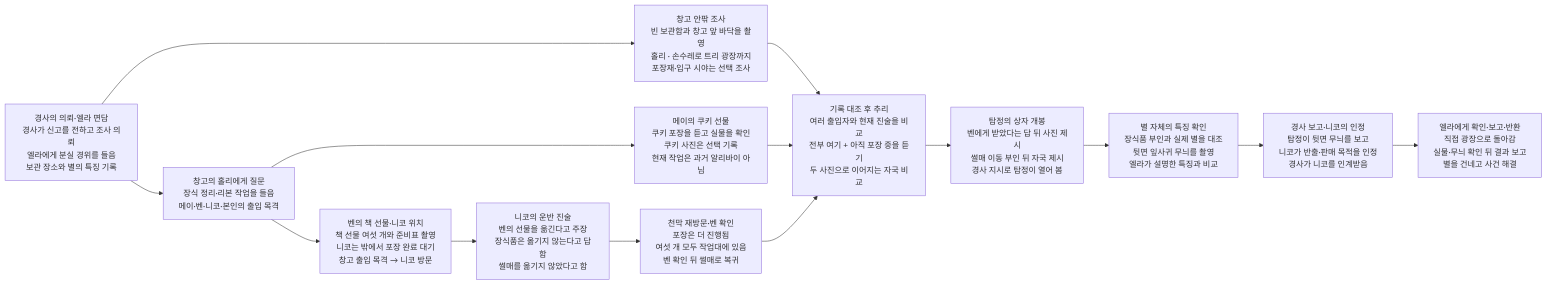
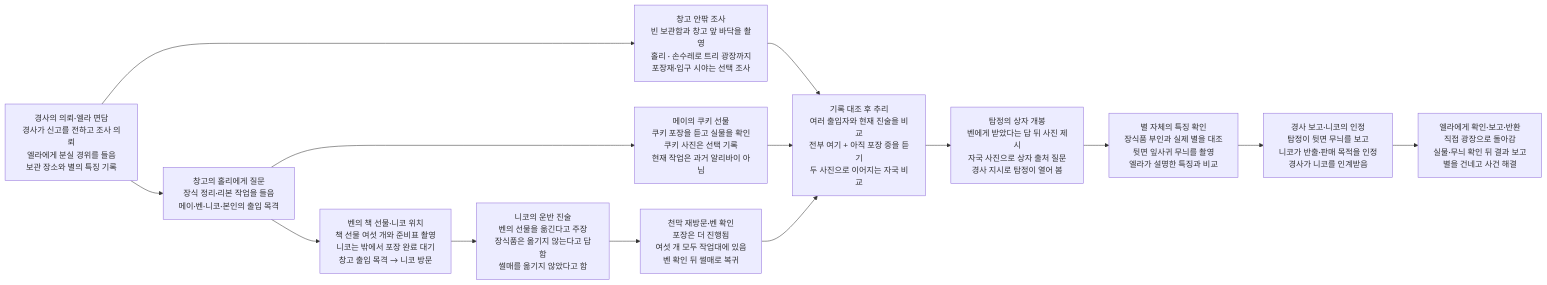
One commit to wonny95/detective-v2 changed the second of 2 diagrams in design/case-10-christmas-star.md. Above: the diagram before and after it, drawn with Mermaid. The commit also changed other lines of this file and 2 other files, not shown here.

````diff
--- a/design/case-10-christmas-star.md
+++ b/design/case-10-christmas-star.md
@@ -47,28 +47,28 @@
 ```mermaid
 flowchart LR
     s1["경사의 의뢰·엘라 면담<br/>경사가 신고를 전하고 조사 의뢰<br/>엘라에게 분실 경위를 들음<br/>보관 장소와 별의 특징 기록"]
     s2["창고의 홀리에게 질문<br/>장식 정리·리본 작업을 들음<br/>메이·벤·니코·본인의 출입 목격"]
     s3["창고 안팎 조사<br/>빈 보관함과 창고 앞 바닥을 촬영<br/>홀리 · 손수레로 트리 광장까지<br/>포장재·입구 시야는 선택 조사"]
     s4["메이의 쿠키 선물<br/>쿠키 포장을 듣고 실물을 확인<br/>쿠키 사진은 선택 기록<br/>현재 작업은 과거 알리바이 아님"]
     s5["벤의 책 선물·니코 위치<br/>책 선물 여섯 개와 준비표 촬영<br/>니코는 밖에서 포장 완료 대기<br/>창고 출입 목격 → 니코 방문"]
     s6["니코의 운반 진술<br/>벤의 선물을 옮긴다고 주장<br/>장식품은 옮기지 않는다고 답함<br/>썰매를 옮기지 않았다고 함"]
     s7["천막 재방문·벤 확인<br/>포장은 더 진행됨<br/>여섯 개 모두 작업대에 있음<br/>벤 확인 뒤 썰매로 복귀"]
     s8["기록 대조 후 추리<br/>여러 출입자와 현재 진술을 비교<br/>전부 여기 + 아직 포장 중을 듣기<br/>두 사진으로 이어지는 자국 비교"]
-    s9["탐정의 상자 개봉<br/>벤에게 받았다는 답 뒤 사진 제시<br/>썰매 이동 부인 뒤 자국 제시<br/>경사 지시로 탐정이 열어 봄"]
+    s9["탐정의 상자 개봉<br/>벤에게 받았다는 답 뒤 사진 제시<br/>자국 사진으로 상자 출처 질문<br/>경사 지시로 탐정이 열어 봄"]
     s10["별 자체의 특징 확인<br/>장식품 부인과 실제 별을 대조<br/>뒷면 잎사귀 무늬를 촬영<br/>엘라가 설명한 특징과 비교"]
     s11["경사 보고·니코의 인정<br/>탐정이 뒷면 무늬를 보고<br/>니코가 반출·판매 목적을 인정<br/>경사가 니코를 인계받음"]
     s12["엘라에게 확인·보고·반환<br/>직접 광장으로 돌아감<br/>실물·무늬 확인 뒤 결과 보고<br/>별을 건네고 사건 해결"]
     s1 --> s2
     s1 --> s3
     s2 --> s4
     s2 --> s5
     s3 --> s8
     s4 --> s8
     s5 --> s6
     s6 --> s7
     s7 --> s8
     s8 --> s9
     s9 --> s10
     s10 --> s11
     s11 --> s12
 ```
````
